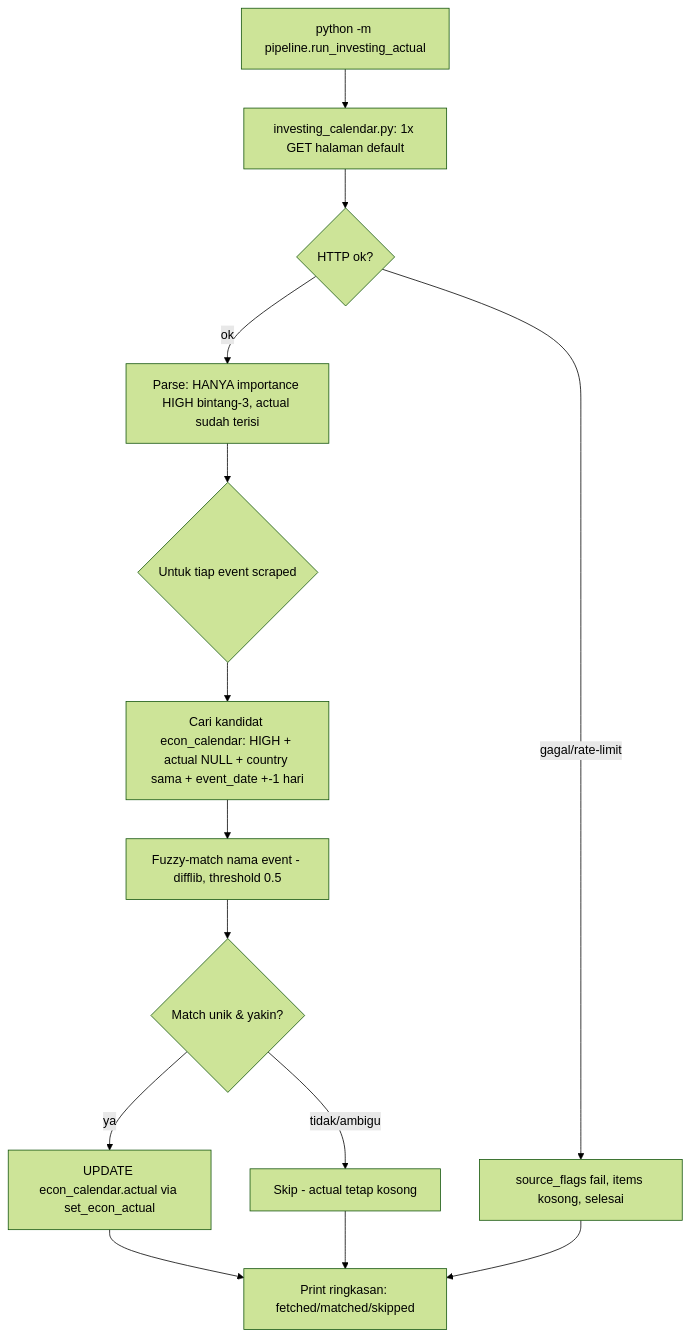
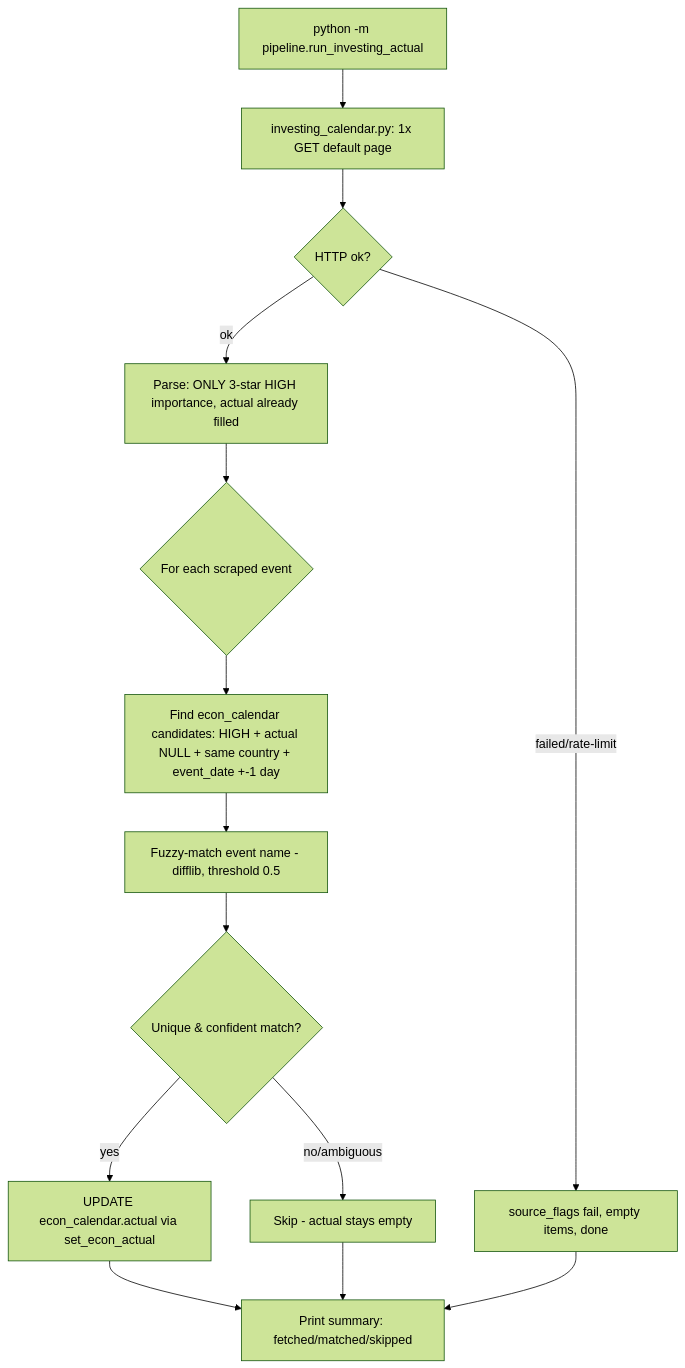
The second of 5 diagrams in docs/FLOW.md (pworld/kastara-finance), drawn with Mermaid (forest theme) before and after one commit. The commit also changed other lines of this file and 14 other files, not shown here.

````diff
--- a/docs/FLOW.md
+++ b/docs/FLOW.md
@@ -85,16 +85,16 @@
 ```mermaid
 flowchart TD
-    A[python -m pipeline.run_investing_actual] --> B[investing_calendar.py: 1x GET halaman default]
+    A[python -m pipeline.run_investing_actual] --> B[investing_calendar.py: 1x GET default page]
     B --> C{HTTP ok?}
-    C -->|gagal/rate-limit| C1[source_flags fail, items kosong, selesai]
-    C -->|ok| D[Parse: HANYA importance HIGH bintang-3, actual sudah terisi]
-    D --> E{Untuk tiap event scraped}
-    E --> F[Cari kandidat econ_calendar: HIGH + actual NULL + country sama + event_date +-1 hari]
-    F --> G[Fuzzy-match nama event - difflib, threshold 0.5]
-    G --> H{Match unik & yakin?}
-    H -->|tidak/ambigu| H1[Skip - actual tetap kosong]
-    H -->|ya| I[UPDATE econ_calendar.actual via set_econ_actual]
-    I --> J[Print ringkasan: fetched/matched/skipped]
+    C -->|failed/rate-limit| C1[source_flags fail, empty items, done]
+    C -->|ok| D[Parse: ONLY 3-star HIGH importance, actual already filled]
+    D --> E{For each scraped event}
+    E --> F[Find econ_calendar candidates: HIGH + actual NULL + same country + event_date +-1 day]
+    F --> G[Fuzzy-match event name - difflib, threshold 0.5]
+    G --> H{Unique & confident match?}
+    H -->|no/ambiguous| H1[Skip - actual stays empty]
+    H -->|yes| I[UPDATE econ_calendar.actual via set_econ_actual]
+    I --> J[Print summary: fetched/matched/skipped]
     H1 --> J
     C1 --> J
 ```
````
